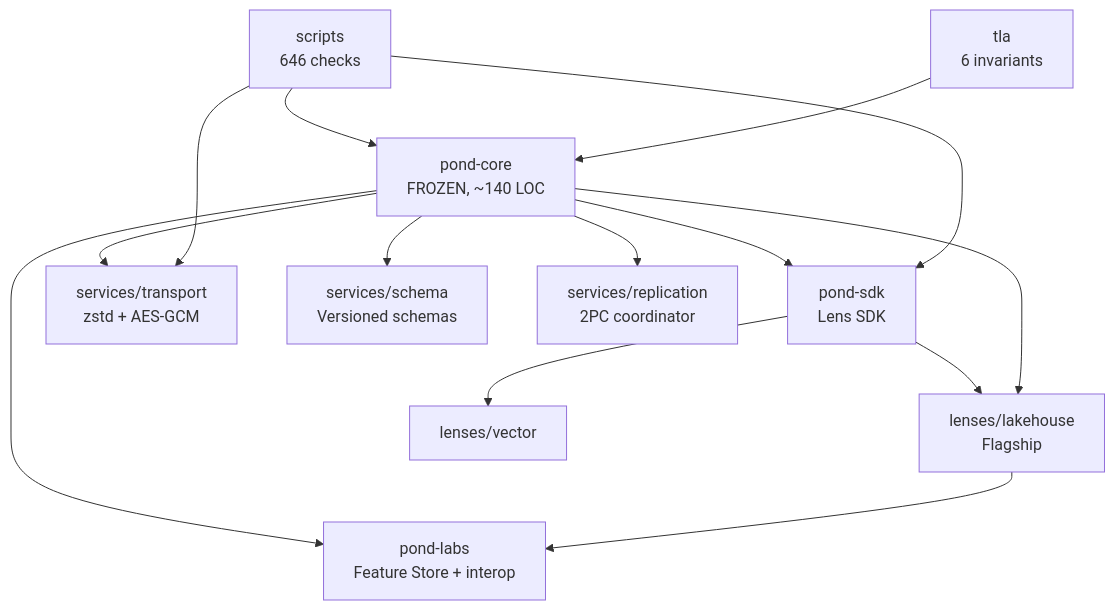
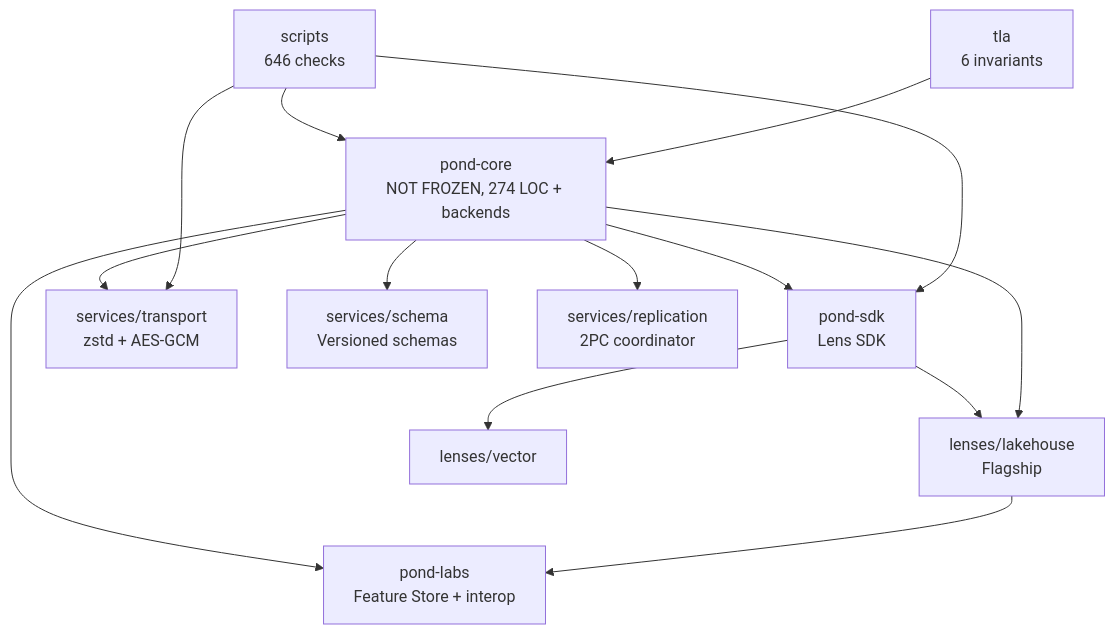
The diagram in KNOWLEDGE_GRAPH.md (alimardon123/Pond), drawn with Mermaid before and after one commit. The commit also changed other lines of this file and 27 other files, not shown here.

````diff
--- a/KNOWLEDGE_GRAPH.md
+++ b/KNOWLEDGE_GRAPH.md
@@ -503,27 +608,27 @@
 ```mermaid
 graph TD
-    Kernel[pond-core<br/>FROZEN, ~140 LOC]
+    Kernel[pond-core<br/>NOT FROZEN, 274 LOC + backends]
     SDK[pond-sdk<br/>Lens SDK]
     Lakehouse[lenses/lakehouse<br/>Flagship]
     Vector[lenses/vector]
     Transport[services/transport<br/>zstd + AES-GCM]
     Schema[services/schema<br/>Versioned schemas]
     Replication[services/replication<br/>2PC coordinator]
     Labs[pond-labs<br/>Feature Store + interop]
     Scripts[scripts<br/>646 checks]
     TLA[tla<br/>6 invariants]
 
     Kernel --> SDK
     Kernel --> Transport
     Kernel --> Schema
     Kernel --> Replication
     SDK --> Lakehouse
     SDK --> Vector
     Kernel --> Lakehouse
     Kernel --> Labs
     Lakehouse --> Labs
     Scripts --> Kernel
     Scripts --> SDK
     Scripts --> Transport
     TLA --> Kernel
 ```
````
